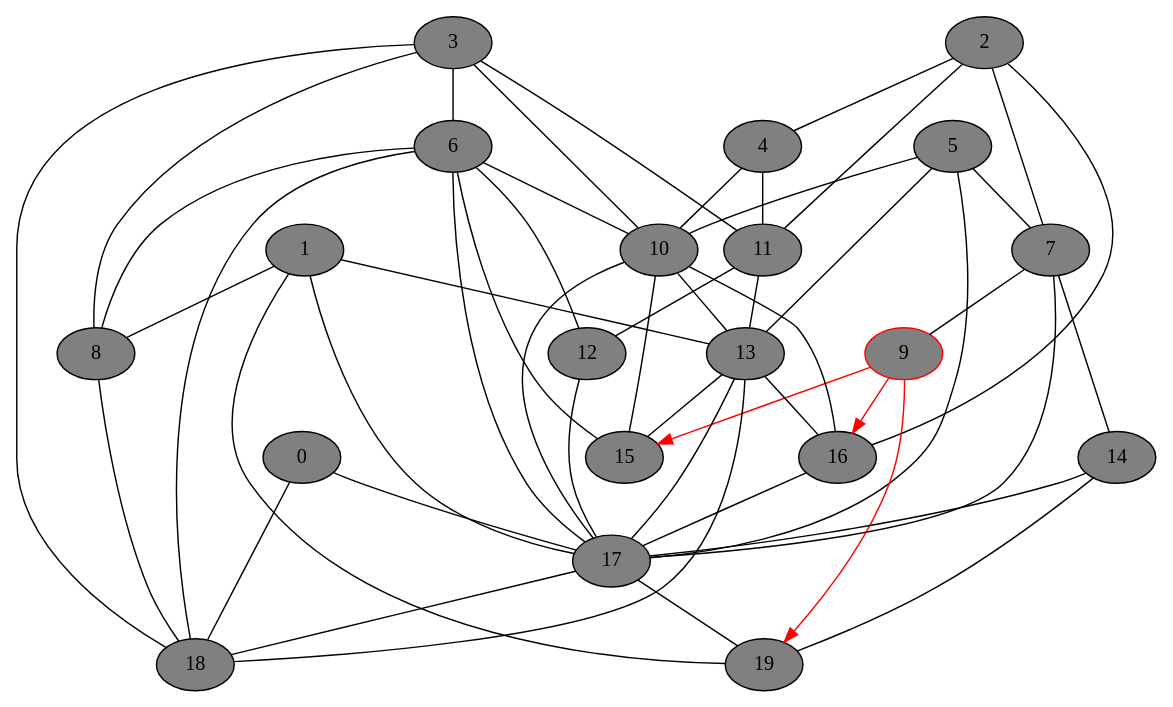
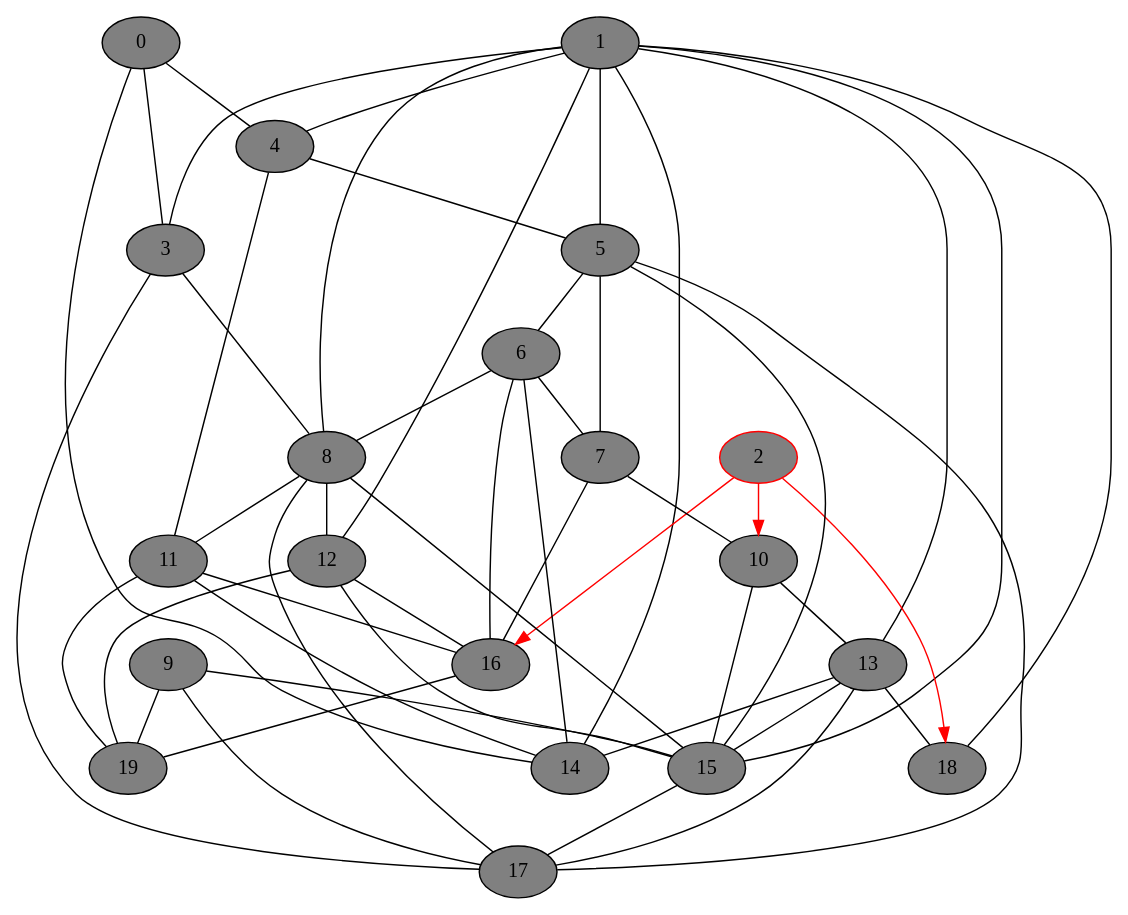
One commit to DSMishler/EBA_models changed the diagram in gv_graphs/nxt0020.dot. Above: the diagram before and after it, drawn with Graphviz. The commit also changed 941 other files, not shown here.

```diff
--- a/gv_graphs/nxt0020.dot
+++ b/gv_graphs/nxt0020.dot
@@ -1,74 +1,74 @@
 // network test graph
 digraph
 {
 	0 [fillcolor=gray,style=filled,]
 	1 [fillcolor=gray,style=filled,]
-	2 [fillcolor=gray,style=filled,]
+	2 [fillcolor=gray,style=filled,color=red,]
 	3 [fillcolor=gray,style=filled,]
 	4 [fillcolor=gray,style=filled,]
 	5 [fillcolor=gray,style=filled,]
 	6 [fillcolor=gray,style=filled,]
 	7 [fillcolor=gray,style=filled,]
 	8 [fillcolor=gray,style=filled,]
-	9 [fillcolor=gray,style=filled,color=red,]
+	9 [fillcolor=gray,style=filled,]
 	10 [fillcolor=gray,style=filled,]
 	11 [fillcolor=gray,style=filled,]
 	12 [fillcolor=gray,style=filled,]
 	13 [fillcolor=gray,style=filled,]
 	14 [fillcolor=gray,style=filled,]
 	15 [fillcolor=gray,style=filled,]
 	16 [fillcolor=gray,style=filled,]
 	17 [fillcolor=gray,style=filled,]
 	18 [fillcolor=gray,style=filled,]
 	19 [fillcolor=gray,style=filled,]
-	0 -> 17 [dir=none]
-	0 -> 18 [dir=none]
+	0 -> 3 [dir=none]
+	0 -> 4 [dir=none]
+	0 -> 14 [dir=none]
+	1 -> 3 [dir=none]
+	1 -> 4 [dir=none]
+	1 -> 5 [dir=none]
 	1 -> 8 [dir=none]
+	1 -> 12 [dir=none]
 	1 -> 13 [dir=none]
-	1 -> 17 [dir=none]
-	1 -> 19 [dir=none]
-	2 -> 4 [dir=none]
-	2 -> 7 [dir=none]
-	2 -> 11 [dir=none]
-	2 -> 16 [dir=none]
-	3 -> 6 [dir=none]
+	1 -> 14 [dir=none]
+	1 -> 15 [dir=none]
+	1 -> 18 [dir=none]
+	2 -> 10 [dir=forward,color=red,]
+	2 -> 16 [dir=forward,color=red,]
+	2 -> 18 [dir=forward,color=red,]
 	3 -> 8 [dir=none]
-	3 -> 10 [dir=none]
-	3 -> 11 [dir=none]
-	3 -> 18 [dir=none]
-	4 -> 10 [dir=none]
+	3 -> 17 [dir=none]
+	4 -> 5 [dir=none]
 	4 -> 11 [dir=none]
+	5 -> 6 [dir=none]
 	5 -> 7 [dir=none]
-	5 -> 10 [dir=none]
-	5 -> 13 [dir=none]
+	5 -> 15 [dir=none]
 	5 -> 17 [dir=none]
+	6 -> 7 [dir=none]
 	6 -> 8 [dir=none]
-	6 -> 10 [dir=none]
-	6 -> 12 [dir=none]
-	6 -> 15 [dir=none]
-	6 -> 17 [dir=none]
-	6 -> 18 [dir=none]
-	7 -> 9 [dir=none]
-	7 -> 14 [dir=none]
-	7 -> 17 [dir=none]
-	8 -> 18 [dir=none]
-	9 -> 15 [dir=forward,color=red,]
-	9 -> 16 [dir=forward,color=red,]
-	9 -> 19 [dir=forward,color=red,]
+	6 -> 14 [dir=none]
+	6 -> 16 [dir=none]
+	7 -> 10 [dir=none]
+	7 -> 16 [dir=none]
+	8 -> 11 [dir=none]
+	8 -> 12 [dir=none]
+	8 -> 15 [dir=none]
+	8 -> 17 [dir=none]
+	9 -> 15 [dir=none]
+	9 -> 17 [dir=none]
+	9 -> 19 [dir=none]
 	10 -> 13 [dir=none]
 	10 -> 15 [dir=none]
-	10 -> 16 [dir=none]
-	10 -> 17 [dir=none]
-	11 -> 12 [dir=none]
-	11 -> 13 [dir=none]
-	12 -> 17 [dir=none]
+	11 -> 14 [dir=none]
+	11 -> 16 [dir=none]
+	11 -> 19 [dir=none]
+	12 -> 15 [dir=none]
+	12 -> 16 [dir=none]
+	12 -> 19 [dir=none]
+	13 -> 14 [dir=none]
 	13 -> 15 [dir=none]
-	13 -> 16 [dir=none]
 	13 -> 17 [dir=none]
 	13 -> 18 [dir=none]
-	14 -> 17 [dir=none]
-	14 -> 19 [dir=none]
-	16 -> 17 [dir=none]
-	17 -> 18 [dir=none]
-	17 -> 19 [dir=none]
+	15 -> 17 [dir=none]
+	16 -> 19 [dir=none]
 }
```
